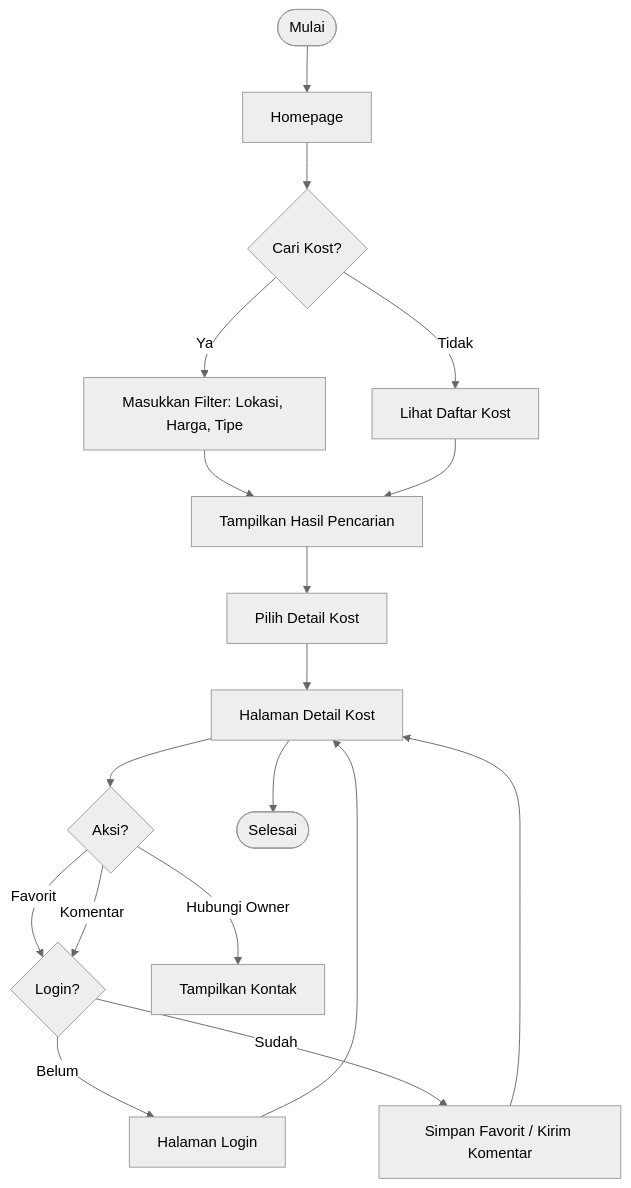
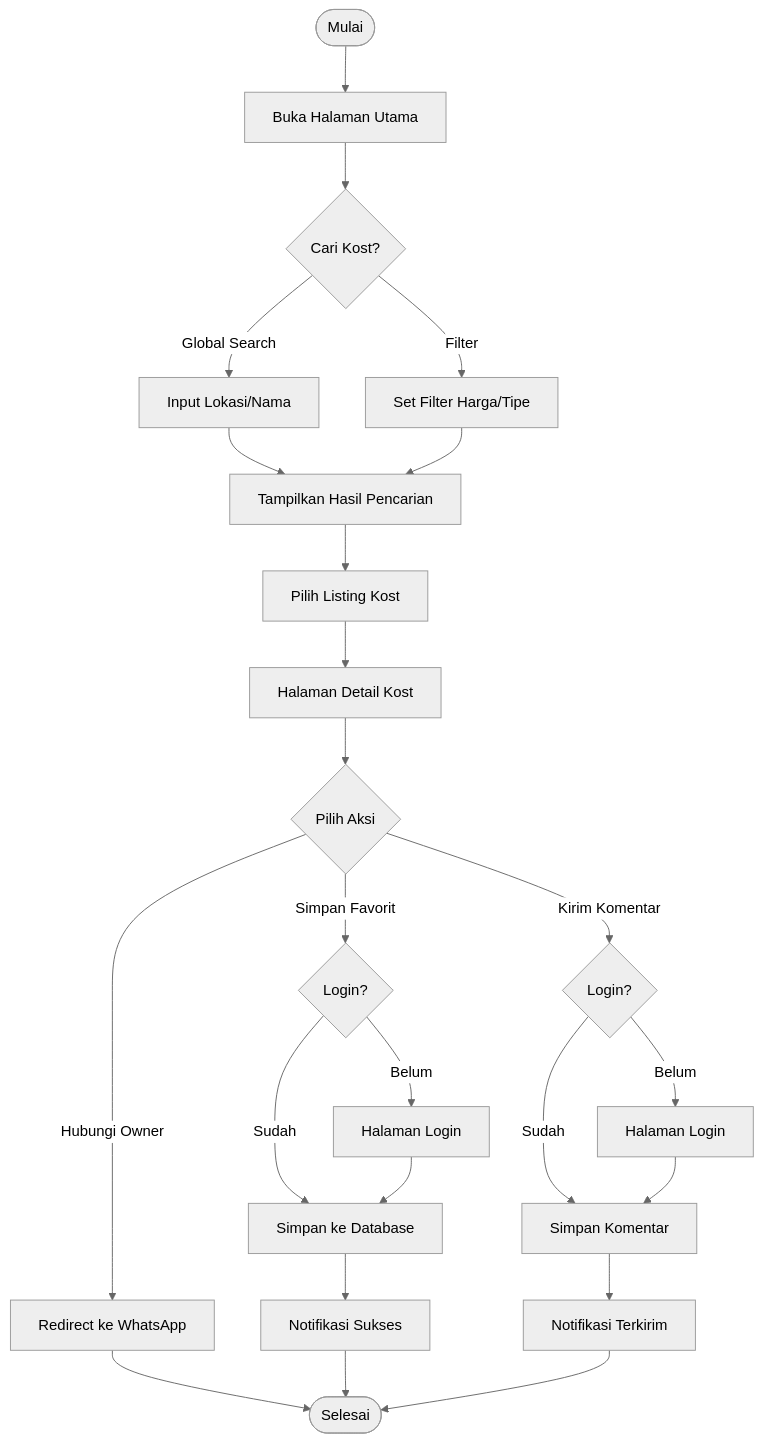
Before and after one commit to iqsanazhr/E-KOST: the second of 8 diagrams in system_architecture.md, drawn with Mermaid (neutral theme). The commit also changed other lines of this file and 26 other files, not shown here.

Commit message:
Implement Database Schema & Refactor Auth/Kost Features

````diff
--- a/system_architecture.md
+++ b/system_architecture.md
@@ -222,19 +61,31 @@
 ```mermaid
 flowchart TD
-    Start([Mulai]) --> Homepage
+    Start([Mulai]) --> Homepage[Buka Halaman Utama]
     Homepage --> Search{Cari Kost?}
-    Search -- Ya --> InputFilter[Masukkan Filter: Lokasi, Harga, Tipe]
-    Search -- Tidak --> Browse[Lihat Daftar Kost]
-    InputFilter --> ResultList[Tampilkan Hasil Pencarian]
-    Browse --> ResultList
-    ResultList --> SelectKost[Pilih Detail Kost]
-    SelectKost --> ViewDetail[Halaman Detail Kost]
-    ViewDetail --> Action{Aksi?}
-    Action -- Favorit --> CheckLogin{Login?}
-    Action -- Komentar --> CheckLogin
-    Action -- Hubungi Owner --> Contact[Tampilkan Kontak]
-    CheckLogin -- Belum --> LoginPage[Halaman Login] --> ViewDetail
-    CheckLogin -- Sudah --> ExecuteAction[Simpan Favorit / Kirim Komentar]
-    ExecuteAction --> ViewDetail
-    ViewDetail --> Stop([Selesai])
+    Search -- Global Search --> InputKeyword[Input Lokasi/Nama]
+    Search -- Filter --> InputFilter[Set Filter Harga/Tipe]
+    InputKeyword --> Result[Tampilkan Hasil Pencarian]
+    InputFilter --> Result
+    Result --> Select[Pilih Listing Kost]
+    Select --> ViewDetail[Halaman Detail Kost]
+    ViewDetail --> Interaction{Pilih Aksi}
+
+    Interaction -- "Simpan Favorit" --> CheckAuth1{Login?}
+    Interaction -- "Kirim Komentar" --> CheckAuth2{Login?}
+    Interaction -- "Hubungi Owner" --> ClickWA[Redirect ke WhatsApp]
+
+    CheckAuth1 -- "Belum" --> Login1[Halaman Login]
+    CheckAuth1 -- "Sudah" --> ToggleFav[Simpan ke Database]
+
+    CheckAuth2 -- "Belum" --> Login2[Halaman Login]
+    CheckAuth2 -- "Sudah" --> PostComment[Simpan Komentar]
+
+    Login1 --> ToggleFav
+    Login2 --> PostComment
+
+    ToggleFav --> Notify1[Notifikasi Sukses]
+    PostComment --> Notify2[Notifikasi Terkirim]
+    ClickWA --> End([Selesai])
+    Notify1 --> End
+    Notify2 --> End
 ```
````
